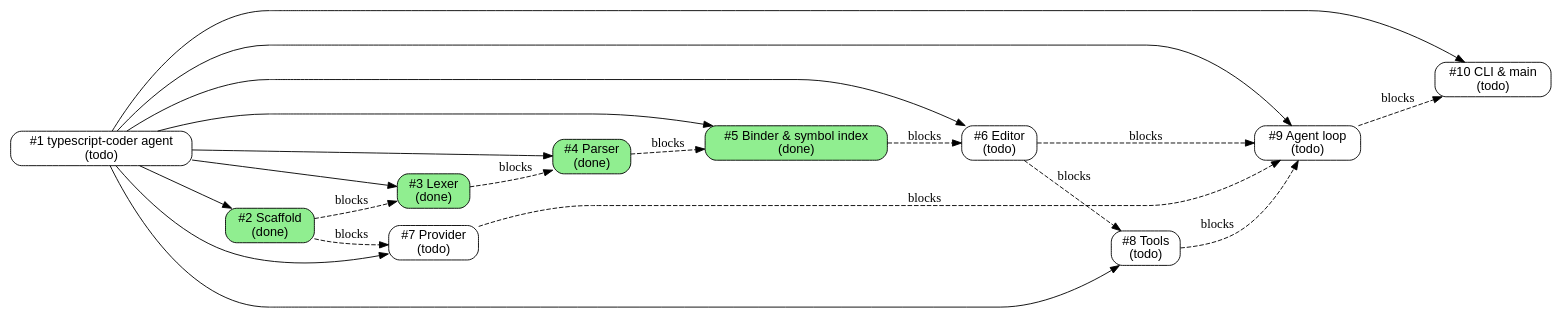
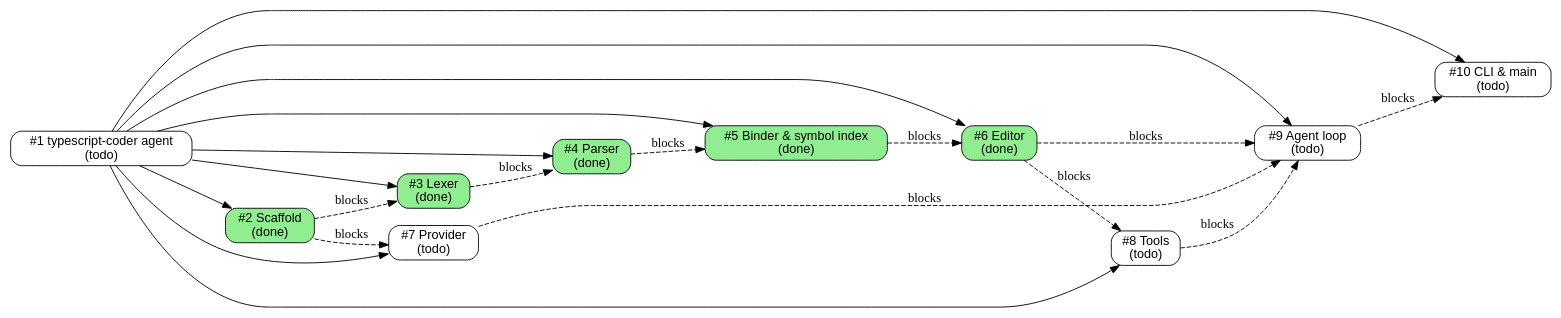
The diagram in issues/todo.md (illusory0x0/typescript-coder), drawn with Graphviz before and after one commit. The commit also changed other lines of this file and 1 other file, not shown here.

Commit message:
Mark issue #6 done in tracker

````diff
--- a/issues/todo.md
+++ b/issues/todo.md
@@ -7,42 +7,42 @@
 ```dot
 digraph issues {
   rankdir=LR;
   node [shape=box, style="rounded,filled", fontname="Helvetica"];
 
   // status colors: todo=white, in-progress=lightyellow, review=lightblue,
   //                done=lightgreen, wontfix=lightgrey
   "1"  [label="#1 typescript-coder agent\n(todo)", fillcolor="white"];
   "2"  [label="#2 Scaffold\n(done)", fillcolor="lightgreen"];
   "3"  [label="#3 Lexer\n(done)", fillcolor="lightgreen"];
   "4"  [label="#4 Parser\n(done)", fillcolor="lightgreen"];
   "5"  [label="#5 Binder & symbol index\n(done)", fillcolor="lightgreen"];
-  "6"  [label="#6 Editor\n(todo)", fillcolor="white"];
+  "6"  [label="#6 Editor\n(done)", fillcolor="lightgreen"];
   "7"  [label="#7 Provider\n(todo)", fillcolor="white"];
   "8"  [label="#8 Tools\n(todo)", fillcolor="white"];
   "9"  [label="#9 Agent loop\n(todo)", fillcolor="white"];
   "10" [label="#10 CLI & main\n(todo)", fillcolor="white"];
 
   // tree edges (parent -> child), solid
   "1" -> "2";
   "1" -> "3";
   "1" -> "4";
   "1" -> "5";
   "1" -> "6";
   "1" -> "7";
   "1" -> "8";
   "1" -> "9";
   "1" -> "10";
 
   // dependency edges (blocker -> blocked), dashed
   "2" -> "3" [style=dashed, label="blocks"];
   "3" -> "4" [style=dashed, label="blocks"];
   "4" -> "5" [style=dashed, label="blocks"];
   "5" -> "6" [style=dashed, label="blocks"];
   "2" -> "7" [style=dashed, label="blocks"];
   "6" -> "8" [style=dashed, label="blocks"];
   "6" -> "9" [style=dashed, label="blocks"];
   "7" -> "9" [style=dashed, label="blocks"];
   "8" -> "9" [style=dashed, label="blocks"];
   "9" -> "10" [style=dashed, label="blocks"];
 }
 ```
````
